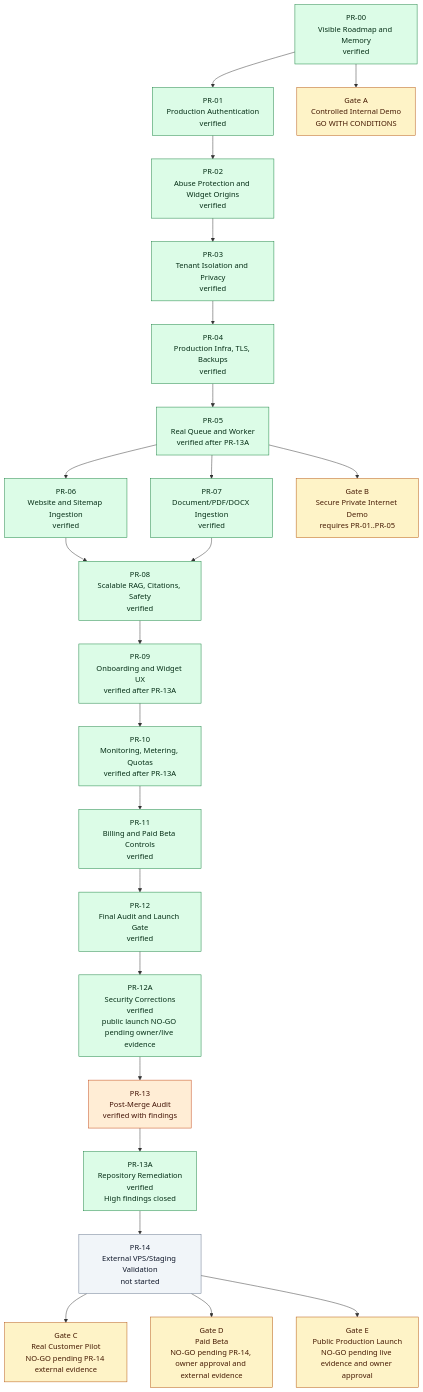
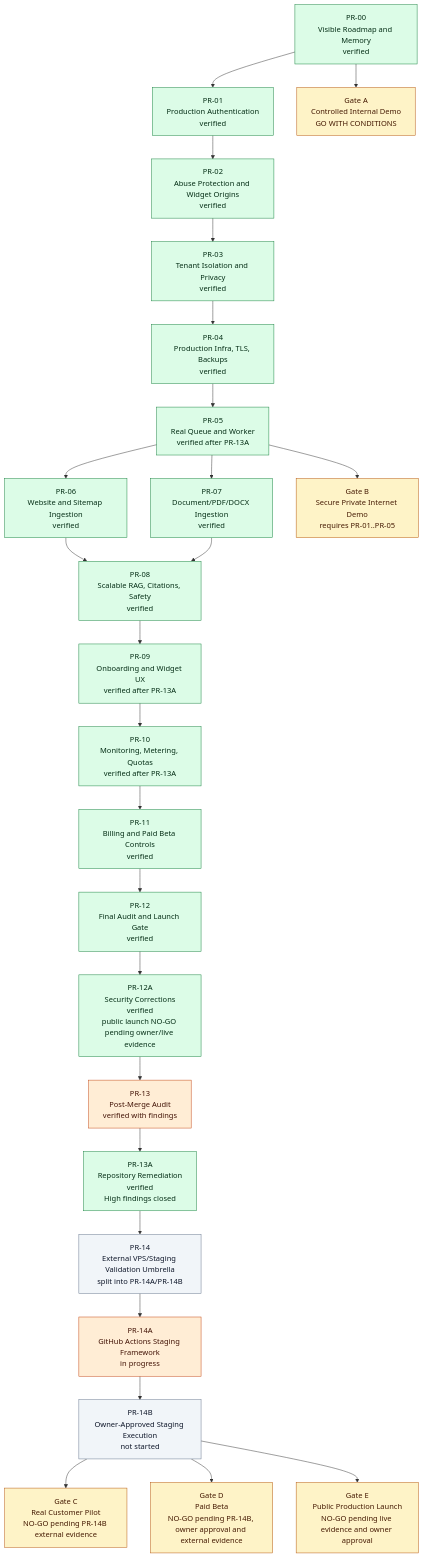
The diagram in production-control/03_PHASE_DEPENDENCY_GRAPH.md (Tauhid-dev/AI-Magnet), drawn with Mermaid before and after one commit. The commit also changed other lines of this file and 33 other files, not shown here.

Commit message:
ci: add staging deployment validation framework

````diff
--- a/production-control/03_PHASE_DEPENDENCY_GRAPH.md
+++ b/production-control/03_PHASE_DEPENDENCY_GRAPH.md
@@ -5,50 +5,54 @@
 ```mermaid
 flowchart TB
     PR00["PR-00<br/>Visible Roadmap and Memory<br/>verified"]
     PR01["PR-01<br/>Production Authentication<br/>verified"]
     PR02["PR-02<br/>Abuse Protection and Widget Origins<br/>verified"]
     PR03["PR-03<br/>Tenant Isolation and Privacy<br/>verified"]
     PR04["PR-04<br/>Production Infra, TLS, Backups<br/>verified"]
     PR05["PR-05<br/>Real Queue and Worker<br/>verified after PR-13A"]
     PR06["PR-06<br/>Website and Sitemap Ingestion<br/>verified"]
     PR07["PR-07<br/>Document/PDF/DOCX Ingestion<br/>verified"]
     PR08["PR-08<br/>Scalable RAG, Citations, Safety<br/>verified"]
     PR09["PR-09<br/>Onboarding and Widget UX<br/>verified after PR-13A"]
     PR10["PR-10<br/>Monitoring, Metering, Quotas<br/>verified after PR-13A"]
     PR11["PR-11<br/>Billing and Paid Beta Controls<br/>verified"]
     PR12["PR-12<br/>Final Audit and Launch Gate<br/>verified"]
     PR12A["PR-12A<br/>Security Corrections<br/>verified<br/>public launch NO-GO pending owner/live evidence"]
     PR13["PR-13<br/>Post-Merge Audit<br/>verified with findings"]
     PR13A["PR-13A<br/>Repository Remediation<br/>verified<br/>High findings closed"]
-    PR14["PR-14<br/>External VPS/Staging Validation<br/>not started"]
+    PR14["PR-14<br/>External VPS/Staging Validation Umbrella<br/>split into PR-14A/PR-14B"]
+    PR14A["PR-14A<br/>GitHub Actions Staging Framework<br/>in progress"]
+    PR14B["PR-14B<br/>Owner-Approved Staging Execution<br/>not started"]
 
     GateA["Gate A<br/>Controlled Internal Demo<br/>GO WITH CONDITIONS"]
     GateB["Gate B<br/>Secure Private Internet Demo<br/>requires PR-01..PR-05"]
-    GateC["Gate C<br/>Real Customer Pilot<br/>NO-GO pending PR-14 external evidence"]
-    GateD["Gate D<br/>Paid Beta<br/>NO-GO pending PR-14, owner approval and external evidence"]
+    GateC["Gate C<br/>Real Customer Pilot<br/>NO-GO pending PR-14B external evidence"]
+    GateD["Gate D<br/>Paid Beta<br/>NO-GO pending PR-14B, owner approval and external evidence"]
     GateE["Gate E<br/>Public Production Launch<br/>NO-GO pending live evidence and owner approval"]
 
     PR00 --> PR01 --> PR02 --> PR03 --> PR04 --> PR05
     PR05 --> PR06
     PR05 --> PR07
     PR06 --> PR08
     PR07 --> PR08
-    PR08 --> PR09 --> PR10 --> PR11 --> PR12 --> PR12A --> PR13 --> PR13A --> PR14
+    PR08 --> PR09 --> PR10 --> PR11 --> PR12 --> PR12A --> PR13 --> PR13A --> PR14 --> PR14A --> PR14B
 
     PR00 --> GateA
     PR05 --> GateB
-    PR14 --> GateC
-    PR14 --> GateD
-    PR14 --> GateE
+    PR14B --> GateC
+    PR14B --> GateD
+    PR14B --> GateE
 
     classDef verified fill:#dcfce7,stroke:#15803d,color:#052e16
     classDef blocker fill:#fee2e2,stroke:#b91c1c,color:#450a0a
     classDef high fill:#ffedd5,stroke:#c2410c,color:#431407
     classDef notStarted fill:#f1f5f9,stroke:#64748b,color:#0f172a
     classDef gate fill:#fef3c7,stroke:#b45309,color:#451a03
 
     class PR00,PR01,PR02,PR03,PR04,PR05,PR06,PR07,PR08,PR09,PR10,PR11,PR12,PR12A,PR13A verified
     class PR13 high
     class PR14 notStarted
+    class PR14A high
+    class PR14B notStarted
     class GateA,GateB,GateC,GateD,GateE gate
 ```
````
